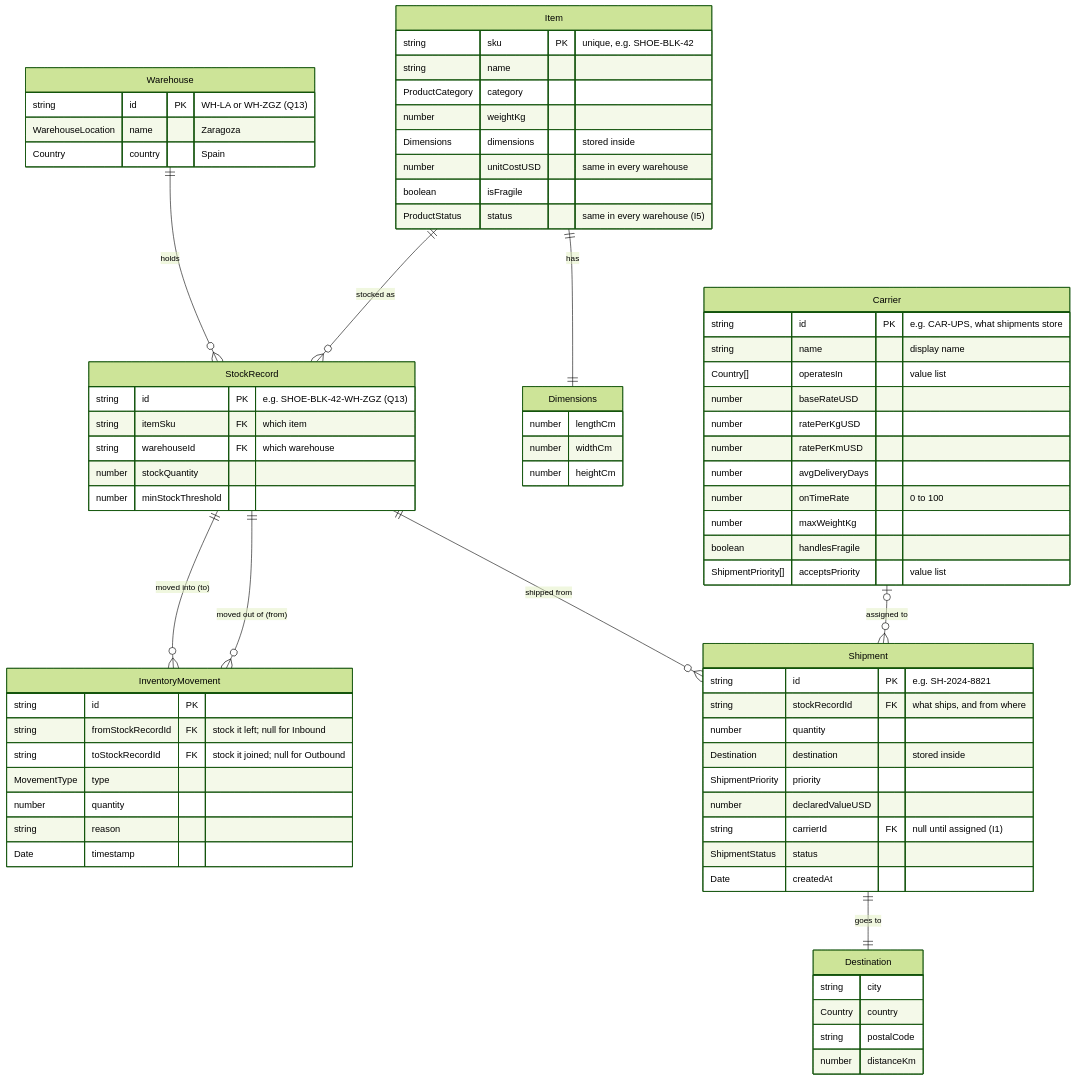
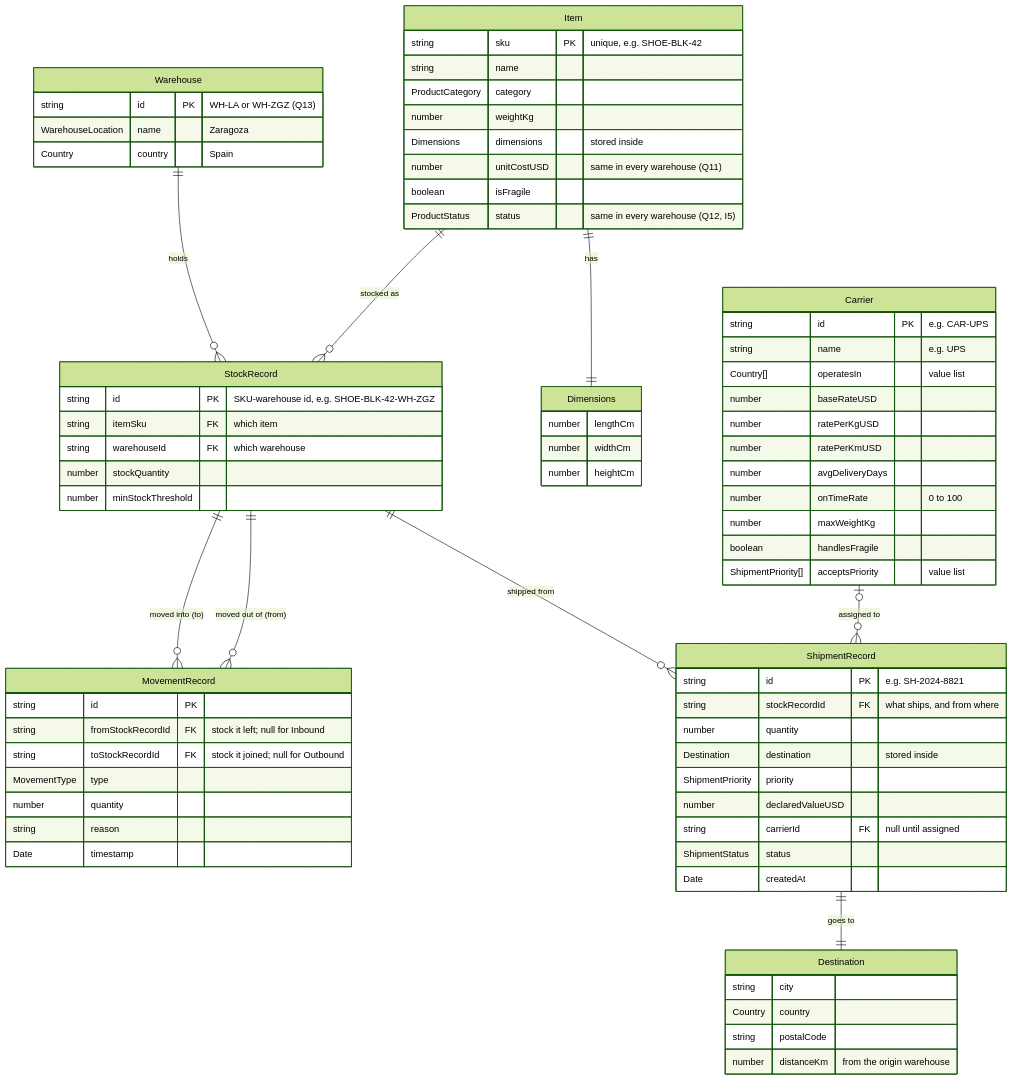
The diagram in packages/warehouse-logic/docs/erd.md (Sun-flow/TrackFlow-Company-Overhaul), drawn with Mermaid (forest theme) before and after one commit. The commit also changed other lines of this file and 6 other files, not shown here.

First line of the commit message:
Simplify the ERD to the planned single-id model and log it as a departure, because mae chose to store it from the start with the brief's interfaces as views.

````diff
--- a/packages/warehouse-logic/docs/erd.md
+++ b/packages/warehouse-logic/docs/erd.md
@@ -95,78 +10,78 @@
 ```mermaid
 erDiagram
     Item {
         string sku PK "unique, e.g. SHOE-BLK-42"
         string name
         ProductCategory category
         number weightKg
         Dimensions dimensions "stored inside"
-        number unitCostUSD "same in every warehouse"
+        number unitCostUSD "same in every warehouse (Q11)"
         boolean isFragile
-        ProductStatus status "same in every warehouse (I5)"
+        ProductStatus status "same in every warehouse (Q12, I5)"
     }
     Dimensions {
         number lengthCm
         number widthCm
         number heightCm
     }
     Warehouse {
         string id PK "WH-LA or WH-ZGZ (Q13)"
         WarehouseLocation name "Zaragoza"
         Country country "Spain"
     }
     StockRecord {
-        string id PK "e.g. SHOE-BLK-42-WH-ZGZ (Q13)"
+        string id PK "SKU-warehouse id, e.g. SHOE-BLK-42-WH-ZGZ"
         string itemSku FK "which item"
         string warehouseId FK "which warehouse"
         number stockQuantity
         number minStockThreshold
     }
-    Shipment {
+    ShipmentRecord {
         string id PK "e.g. SH-2024-8821"
         string stockRecordId FK "what ships, and from where"
         number quantity
         Destination destination "stored inside"
         ShipmentPriority priority
         number declaredValueUSD
-        string carrierId FK "null until assigned (I1)"
+        string carrierId FK "null until assigned"
         ShipmentStatus status
         Date createdAt
     }
     Destination {
         string city
         Country country
         string postalCode
-        number distanceKm
+        number distanceKm "from the origin warehouse"
     }
-    InventoryMovement {
+    MovementRecord {
         string id PK
         string fromStockRecordId FK "stock it left; null for Inbound"
         string toStockRecordId FK "stock it joined; null for Outbound"
         MovementType type
         number quantity
         string reason
         Date timestamp
     }
     Carrier {
-        string id PK "e.g. CAR-UPS, what shipments store"
-        string name "display name"
+        string id PK "e.g. CAR-UPS"
+        string name "e.g. UPS"
         Country[] operatesIn "value list"
         number baseRateUSD
         number ratePerKgUSD
         number ratePerKmUSD
         number avgDeliveryDays
         number onTimeRate "0 to 100"
         number maxWeightKg
         boolean handlesFragile
         ShipmentPriority[] acceptsPriority "value list"
     }
 
     Item ||--|| Dimensions : "has"
     Item ||--o{ StockRecord : "stocked as"
     Warehouse ||--o{ StockRecord : "holds"
-    StockRecord ||--o{ Shipment : "shipped from"
-    StockRecord ||--o{ InventoryMovement : "moved out of (from)"
-    StockRecord ||--o{ InventoryMovement : "moved into (to)"
-    Carrier |o--o{ Shipment : "assigned to"
-    Shipment ||--|| Destination : "goes to"
+    StockRecord ||--o{ ShipmentRecord : "shipped from"
+    StockRecord ||--o{ MovementRecord : "moved out of (from)"
+    StockRecord ||--o{ MovementRecord : "moved into (to)"
+    Carrier |o--o{ ShipmentRecord : "assigned to"
+    ShipmentRecord ||--|| Destination : "goes to"
 ```
````
